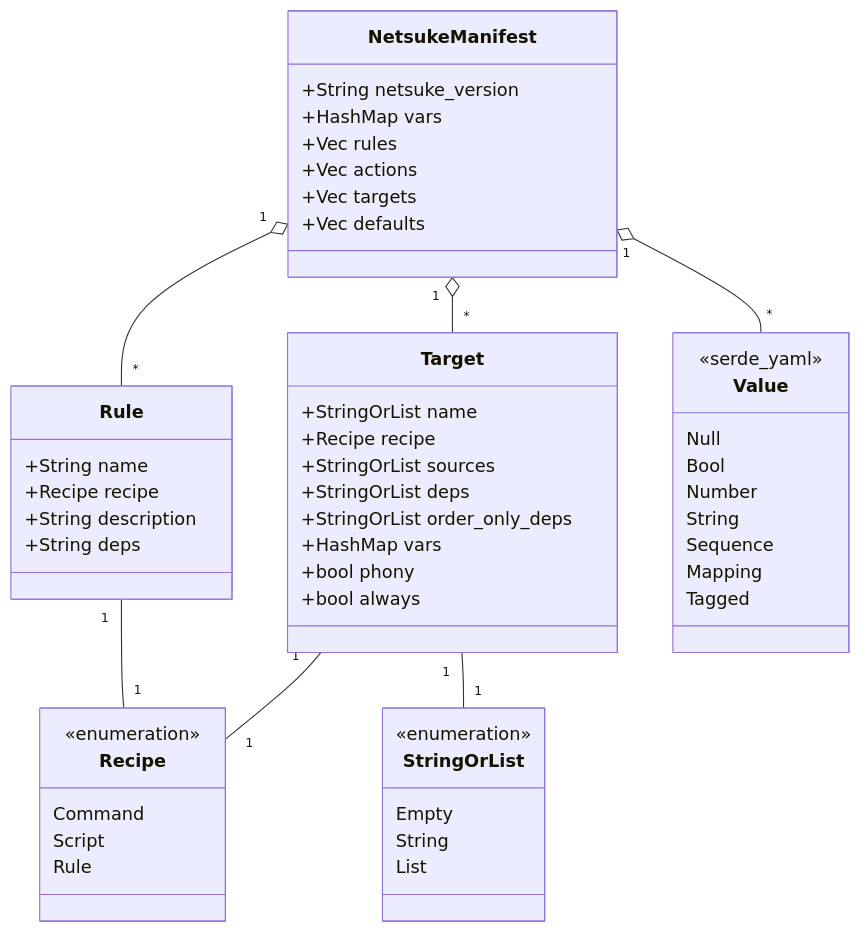
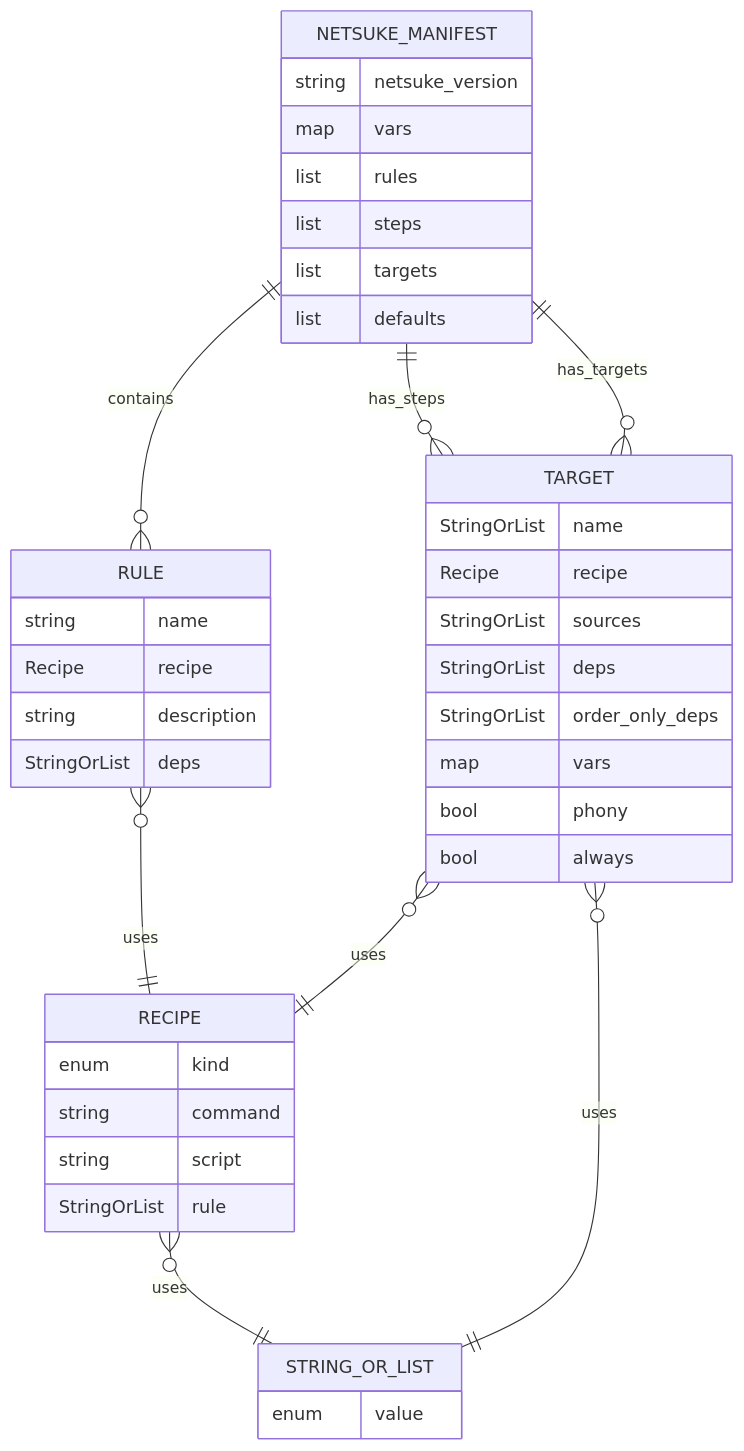
The second of 2 diagrams in docs/netsuke-design.md (leynos/netsuke), drawn with Mermaid before and after one commit. The commit also changed other lines of this file and 12 other files, not shown here.

````diff
--- a/docs/netsuke-design.md
+++ b/docs/netsuke-design.md
@@ -190,55 +190,43 @@
 ```mermaid
-classDiagram
-    class NetsukeManifest {
-        +String netsuke_version
-        +HashMap vars
-        +Vec rules
-        +Vec actions
-        +Vec targets
-        +Vec defaults
+erDiagram
+    NETSUKE_MANIFEST {
+        string netsuke_version
+        map vars
+        list rules
+        list steps
+        list targets
+        list defaults
     }
-    class Target {
-        +StringOrList name
-        +Recipe recipe
-        +StringOrList sources
-        +StringOrList deps
-        +StringOrList order_only_deps
-        +HashMap vars
-        +bool phony
-        +bool always
+    RULE {
+        string name
+        Recipe recipe
+        string description
+        StringOrList deps
     }
-    class Rule {
-        +String name
-        +Recipe recipe
-        +String description
-        +String deps
+    TARGET {
+        StringOrList name
+        Recipe recipe
+        StringOrList sources
+        StringOrList deps
+        StringOrList order_only_deps
+        map vars
+        bool phony
+        bool always
     }
-    class Recipe {
-        <<enumeration>>
-        Command
-        Script
-        Rule
+    RECIPE {
+        enum kind
+        string command
+        string script
+        StringOrList rule
     }
-    class StringOrList {
-        <<enumeration>>
-        Empty
-        String
-        List
+    STRING_OR_LIST {
+        enum value
     }
-    class Value {
-        <<serde_yaml>>
-        Null
-        Bool
-        Number
-        String
-        Sequence
-        Mapping
-        Tagged
-    }
-    NetsukeManifest "1" o-- "*" Target
-    NetsukeManifest "1" o-- "*" Rule
-    NetsukeManifest "1" o-- "*" Value
-    Target "1" -- "1" Recipe
-    Target "1" -- "1" StringOrList
-    Rule "1" -- "1" Recipe
+    NETSUKE_MANIFEST ||--o{ RULE : contains
+    NETSUKE_MANIFEST ||--o{ TARGET : has_steps
+    NETSUKE_MANIFEST ||--o{ TARGET : has_targets
+    RULE }o--|| RECIPE : uses
+    TARGET }o--|| RECIPE : uses
+    TARGET }o--|| STRING_OR_LIST : uses
+    RECIPE }o--|| STRING_OR_LIST : uses
 ```
````
